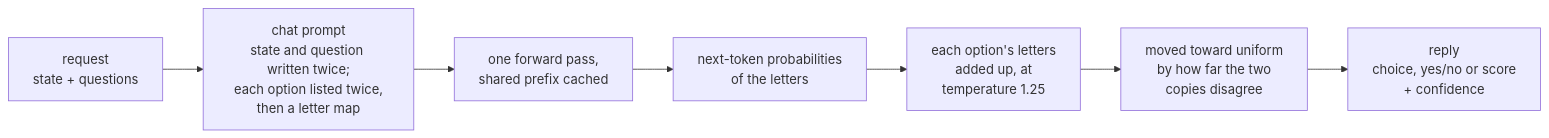
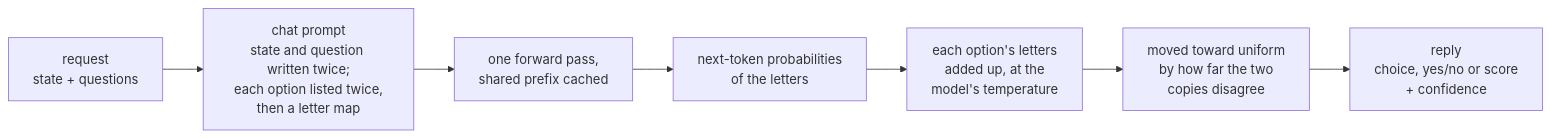
The diagram in README.md (Mushroom-Systems/lichen), drawn with Mermaid before and after one commit. The commit also changed other lines of this file and 1 other file, not shown here.

````diff
--- a/README.md
+++ b/README.md
@@ -32,9 +78,9 @@
 ```mermaid
 flowchart LR
     R["request<br/>state + questions"] --> P["chat prompt<br/>state and question written twice;<br/>each option listed twice,<br/>then a letter map"]
     P --> E["one forward pass,<br/>shared prefix cached"]
     E --> L["next-token probabilities<br/>of the letters"]
-    L --> A["each option's letters<br/>added up, at<br/>temperature 1.25"]
+    L --> A["each option's letters<br/>added up, at the<br/>model's temperature"]
     A --> S["moved toward uniform<br/>by how far the two<br/>copies disagree"]
     S --> O["reply<br/>choice, yes/no or score<br/>+ confidence"]
 ```
````
